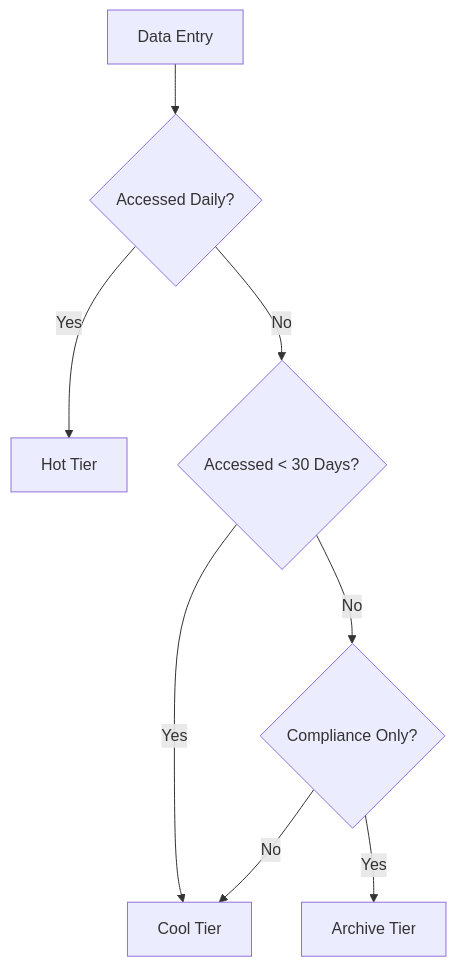
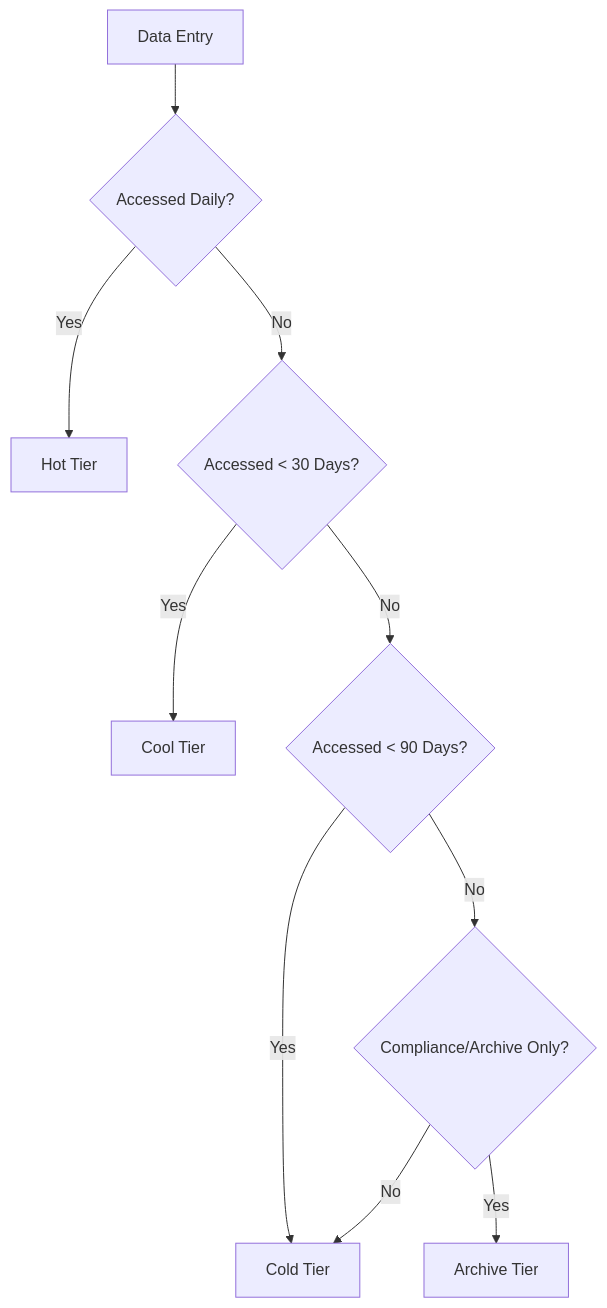
The diagram in docs/best-practices/blob-best-practices.md (yeongseon/azure-storage-practical-guide), drawn with Mermaid before and after one commit. The commit also changed other lines of this file and 2 other files, not shown here.

Commit message:
fix: correct redundancy SLA values, add Cold tier to blob flow
- redundancy-options.md, redundancy-and-durability.md: Fix ZRS/GZRS
  availability from 99.99% to 99.9%; 99.99% applies to RA-GRS/RA-GZRS
  secondary read access only. Clarify failover as customer-managed.
- blob-best-practices.md: Add Cold tier as distinct online tier in
  decision flow (90-day minimum, between Cool and Archive)

````diff
--- a/docs/best-practices/blob-best-practices.md
+++ b/docs/best-practices/blob-best-practices.md
@@ -18,10 +18,12 @@
 ```mermaid
 graph TD
     A[Data Entry] --> B{Accessed Daily?}
     B -->|Yes| C[Hot Tier]
     B -->|No| D{Accessed < 30 Days?}
     D -->|Yes| E[Cool Tier]
-    D -->|No| F{Compliance Only?}
-    F -->|Yes| G[Archive Tier]
-    F -->|No| E
+    D -->|No| F{Accessed < 90 Days?}
+    F -->|Yes| G[Cold Tier]
+    F -->|No| H{Compliance/Archive Only?}
+    H -->|Yes| I[Archive Tier]
+    H -->|No| G
 ```
````
